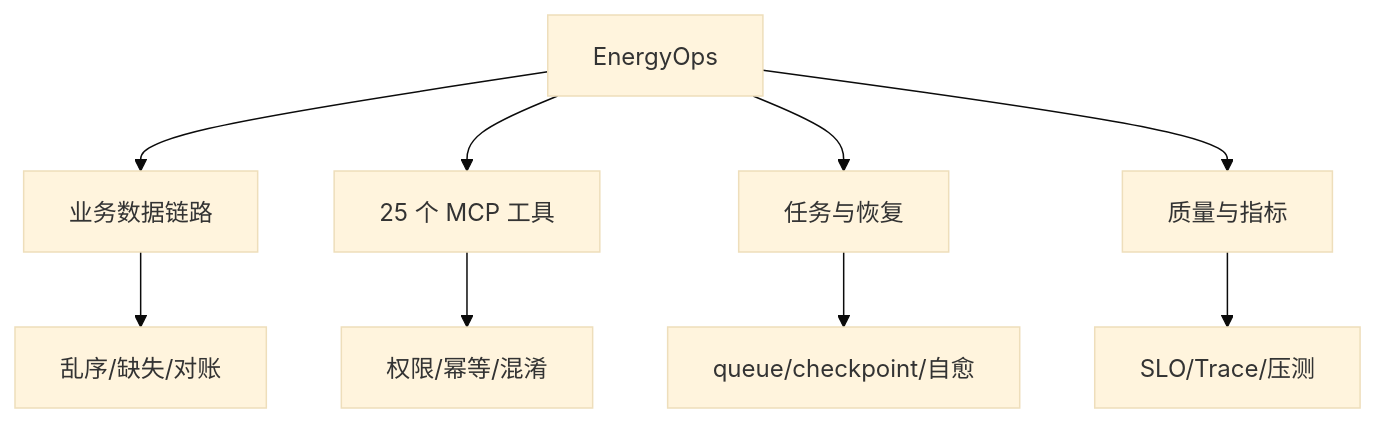
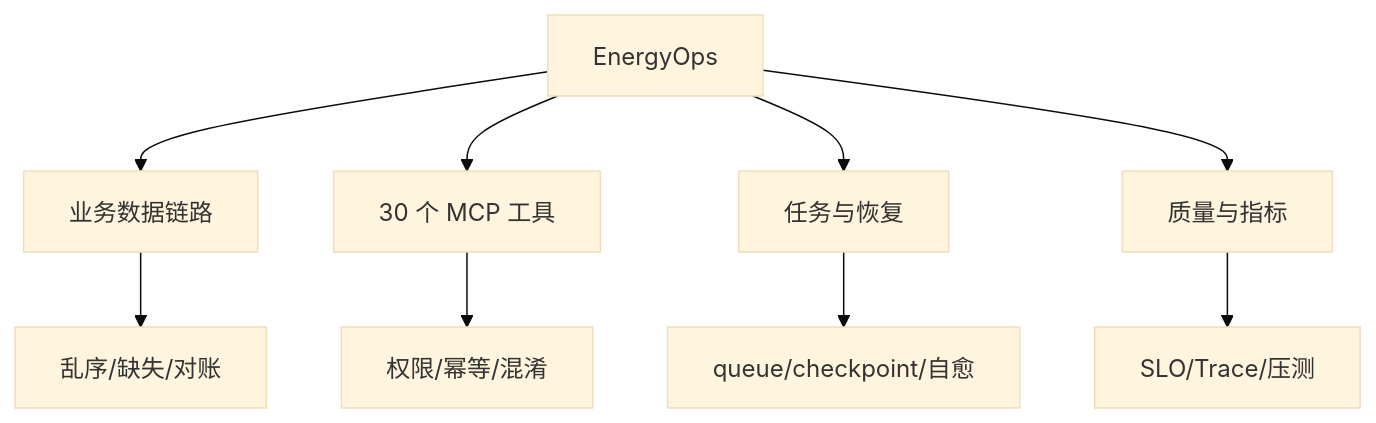
The diagram in wiki/interview/面试回答与复习验收手册.md (Ygrowly/Marvis), drawn with Mermaid (base theme) before and after one commit. The commit also changed 13 other files, not shown here.

````diff
--- a/wiki/interview/面试回答与复习验收手册.md
+++ b/wiki/interview/面试回答与复习验收手册.md
@@ -294,11 +294,11 @@
 ```mermaid
 flowchart TD
     A["EnergyOps"] --> B["业务数据链路"]
-    A --> C["25 个 MCP 工具"]
+    A --> C["30 个 MCP 工具"]
     A --> D["任务与恢复"]
     A --> E["质量与指标"]
     B --> F["乱序/缺失/对账"]
     C --> G["权限/幂等/混淆"]
     D --> H["queue/checkpoint/自愈"]
     E --> I["SLO/Trace/压测"]
 ```
````
